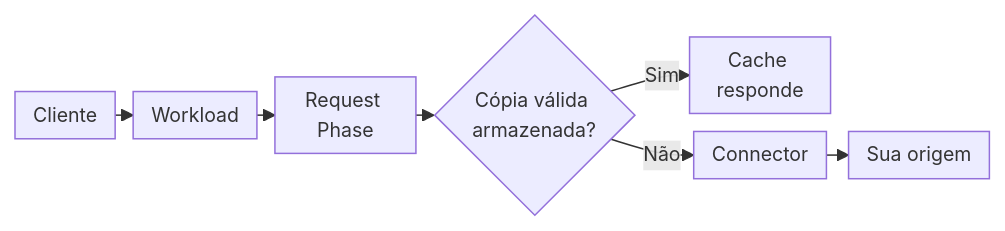
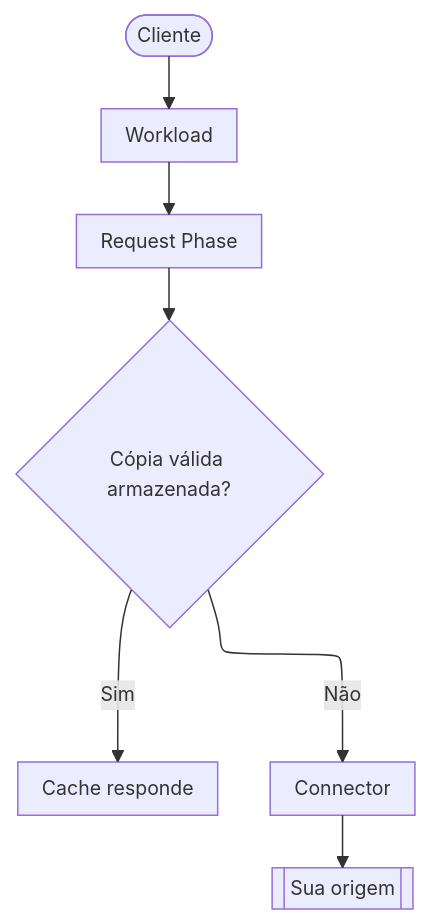
One commit to aziontech/docs changed the first of 4 diagrams in apps/docs/src/content/docs/pt-br/pages/secure/connectors/como-funciona.mdx. Above: the diagram before and after it, drawn with Mermaid. The commit also changed other lines of this file and 179 other files, not shown here.

Commit message:
docs(diagrams): redraw every other diagram in the use-case diagram style (#2513)

````diff
--- a/apps/docs/src/content/docs/pt-br/pages/secure/connectors/como-funciona.mdx
+++ b/apps/docs/src/content/docs/pt-br/pages/secure/connectors/como-funciona.mdx
@@ -26,10 +26,10 @@
 ```mermaid
-%%{init: {"layout": "dagre", "themeVariables": {"fontSize": "13px"}, "flowchart": {"nodeSpacing": 12, "rankSpacing": 12, "padding": 6, "wrappingWidth": 70, "minNodeWidth": 40, "useMaxWidth": true}}}%%
-flowchart LR
-  Client["Cliente"] --> WL["Workload"]
+%%{init: {"layout": "elk", "themeVariables": {"fontSize": "13px"}, "flowchart": {"nodeSpacing": 24, "rankSpacing": 36, "padding": 8, "wrappingWidth": 150, "useMaxWidth": true}, "sequence": {"width": 120, "actorMargin": 30, "useMaxWidth": true}}}%%
+flowchart TD
+  Client(["Cliente"]) --> WL["Workload"]
   WL --> Rules["Request Phase"]
   Rules --> Cache{"Cópia válida armazenada?"}
   Cache -->|"Sim"| Hit["Cache responde"]
   Cache -->|"Não"| Conn["Connector"]
-  Conn --> Origin["Sua origem"]
+  Conn --> Origin[["Sua origem"]]
 ```
````
